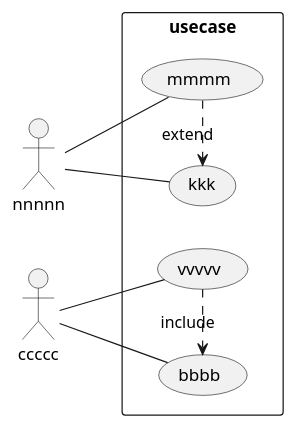
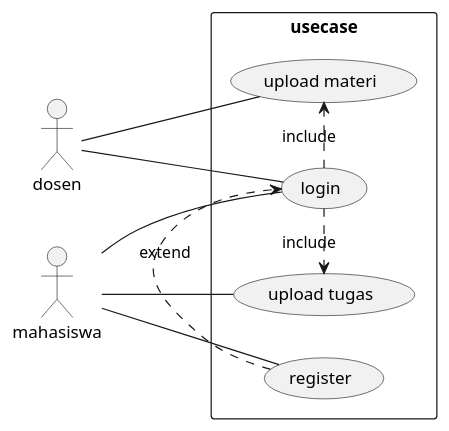
Before and after one commit to AgileRE-2024/UCaseGenerator: the diagram in webapp/tools/use_case_diagram.puml, drawn with PlantUML. The commit also changed 6570 other files, not shown here.

```diff
--- a/webapp/tools/use_case_diagram.puml
+++ b/webapp/tools/use_case_diagram.puml
@@ -1,20 +1,23 @@
 @startuml
 left to right direction
 skinparam packageStyle rectangle
 
-actor nnnnn
-actor ccccc
+actor dosen
+actor mahasiswa
 rectangle usecase {
-  (vvvvv)
-  (bbbb)
-  (mmmm)
-  (kkk)
+  (login)
+  (register)
+  (upload tugas)
+  (login)
+  (upload materi)
 }
 
-ccccc -- (vvvvv)
-ccccc -- (bbbb)
-nnnnn -- (mmmm)
-nnnnn -- (kkk)
-(vvvvv) .> (bbbb) : include
-(mmmm) .> (kkk) : extend
+mahasiswa -- (login)
+mahasiswa -- (register)
+mahasiswa -- (upload tugas)
+dosen -- (login)
+dosen -- (upload materi)
+(register) .> (login) : extend
+(login) .> (upload tugas) : include
+(login) .> (upload materi) : include
 @enduml
```
